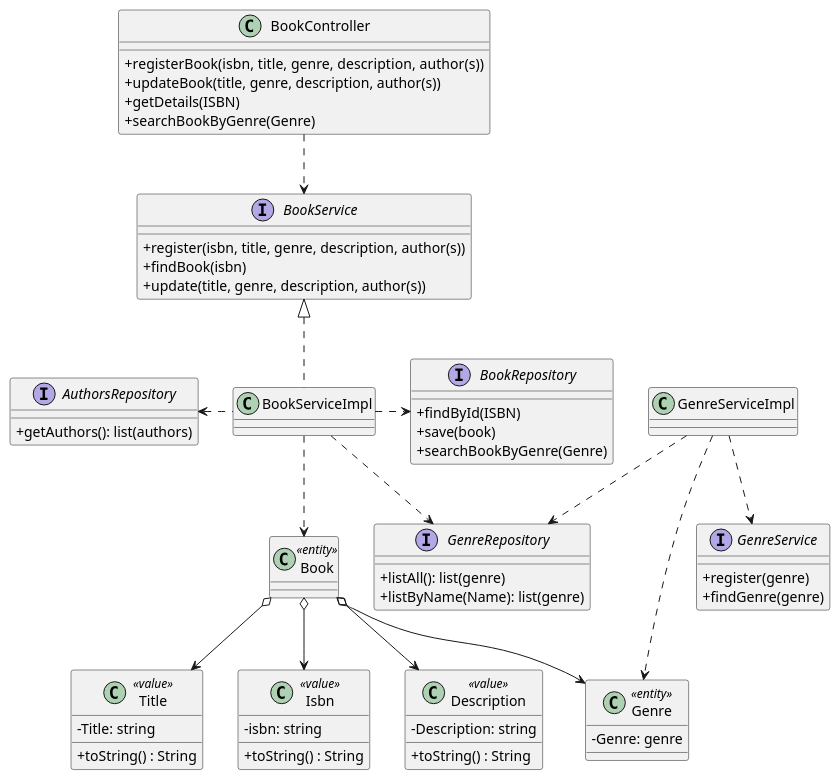
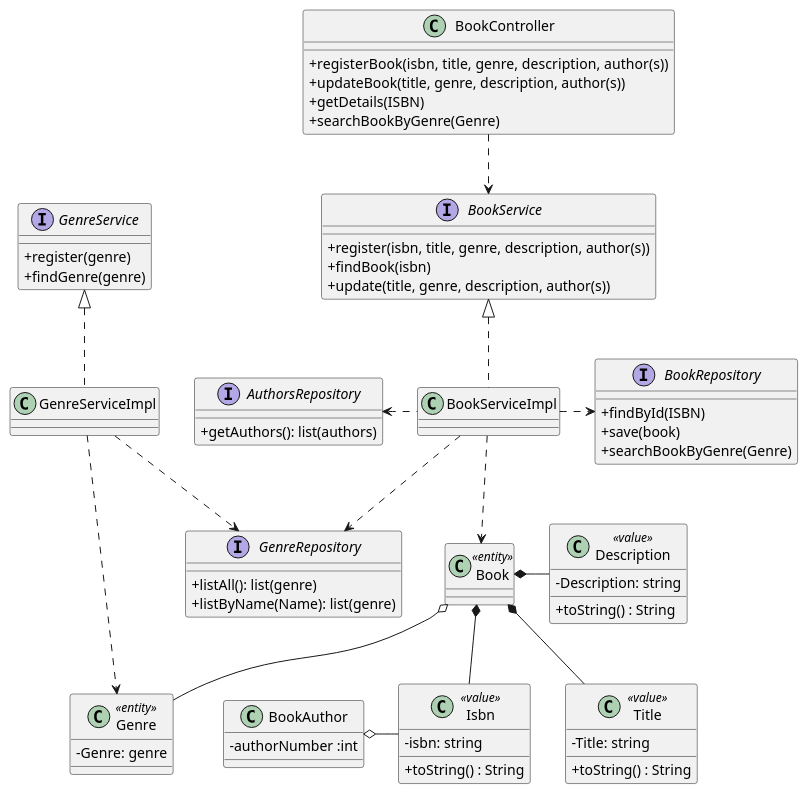
Before and after one commit to rutemf/1220944_1220772_G01: the diagram in Docs/Phase1/WP2A-Books/WP2A-Books-CD.puml, drawn with PlantUML. The commit also changed 2 other files, not shown here.

```diff
--- a/Docs/Phase1/WP2A-Books/WP2A-Books-CD.puml
+++ b/Docs/Phase1/WP2A-Books/WP2A-Books-CD.puml
@@ -1,79 +1,85 @@
 @startuml
 
 'hide circle
 skinparam classAttributeIconSize 0
 
 class BookController {
     + registerBook(isbn,  title, genre, description, author(s))
     + updateBook(title, genre, description, author(s))
     + getDetails(ISBN)
     + searchBookByGenre(Genre)
 }
 
 interface BookRepository {
     + findById(ISBN)
     + save(book)
     + searchBookByGenre(Genre)
 }
 
 interface BookService {
     + register(isbn, title, genre, description, author(s))
     + findBook(isbn)
     + update(title, genre, description, author(s))
 }
 
 class BookServiceImpl implements BookService{
 }
 
 class Book <<entity>>{
 
 }
 
 class Title <<value>>{
     - Title: string
     + toString() : String
 }
 
 class Isbn <<value>>{
     - isbn: string
     + toString() : String
 }
 
 class Description <<value>>{
     - Description: string
     + toString() : String
 }
 
 class Genre <<entity>>{
    - Genre: genre
 }
 
 interface GenreRepository {
     + listAll(): list(genre)
     + listByName(Name): list(genre)
 }
 
 interface GenreService {
     + register(genre)
     + findGenre(genre)
 }
 
 interface AuthorsRepository {
     + getAuthors(): list(authors)
 }
 
-Book o--> Isbn
-Book o--> Title
-Book o--> Description
-Book o--> Genre
+class BookAuthor{
+    - authorNumber :int
+}
+
+Book *-- Isbn
+Book *-- Title
+Book *-right- Description
+Book o-- Genre
+BookAuthor o- Isbn
 
 BookServiceImpl .down.> Book
 
 BookServiceImpl..>GenreRepository
 BookServiceImpl .left.>AuthorsRepository
 GenreServiceImpl ..> Genre
 BookController ..> BookService
+
 BookServiceImpl .right.> BookRepository
 GenreServiceImpl ..> GenreRepository
-GenreServiceImpl ..> GenreService
+GenreServiceImpl .up.|> GenreService
 @enduml
```
